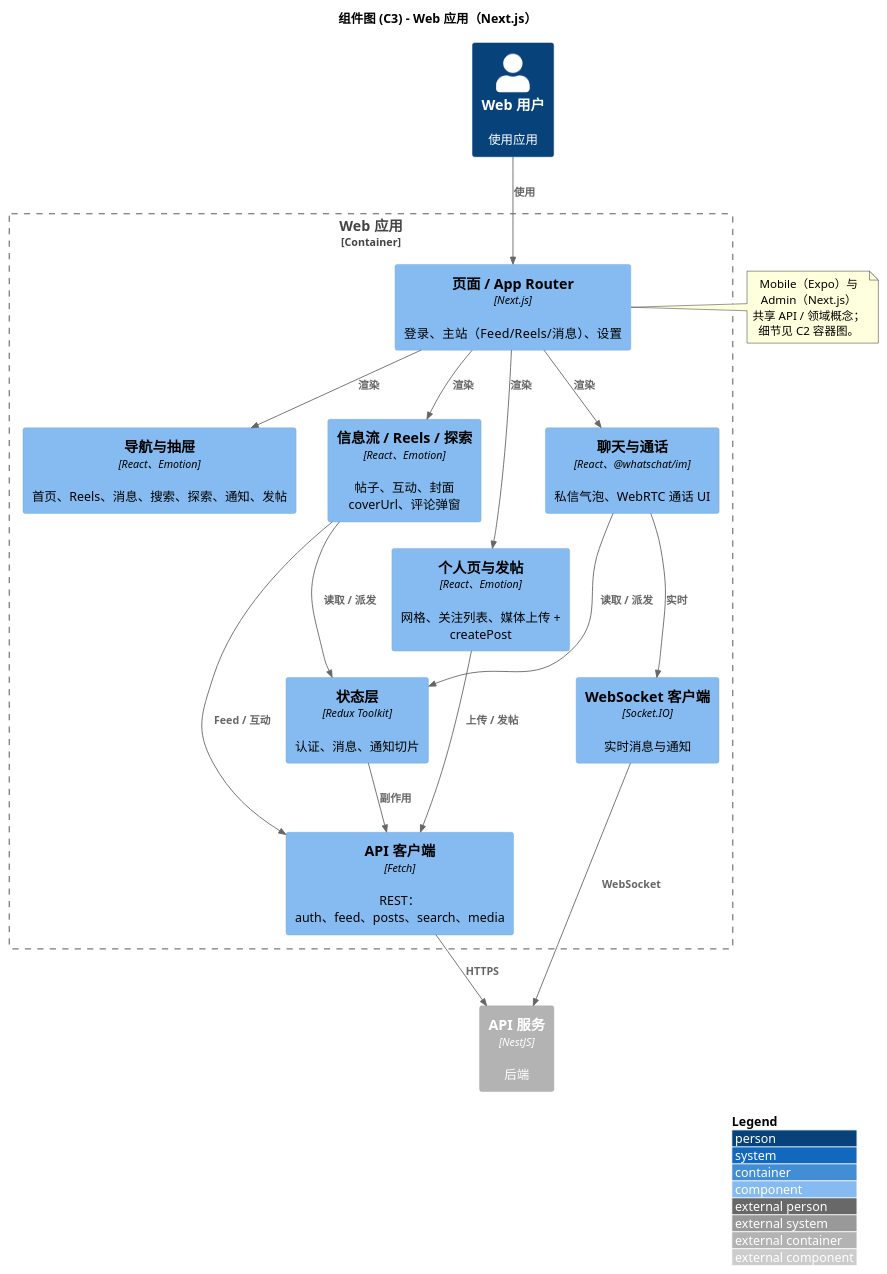
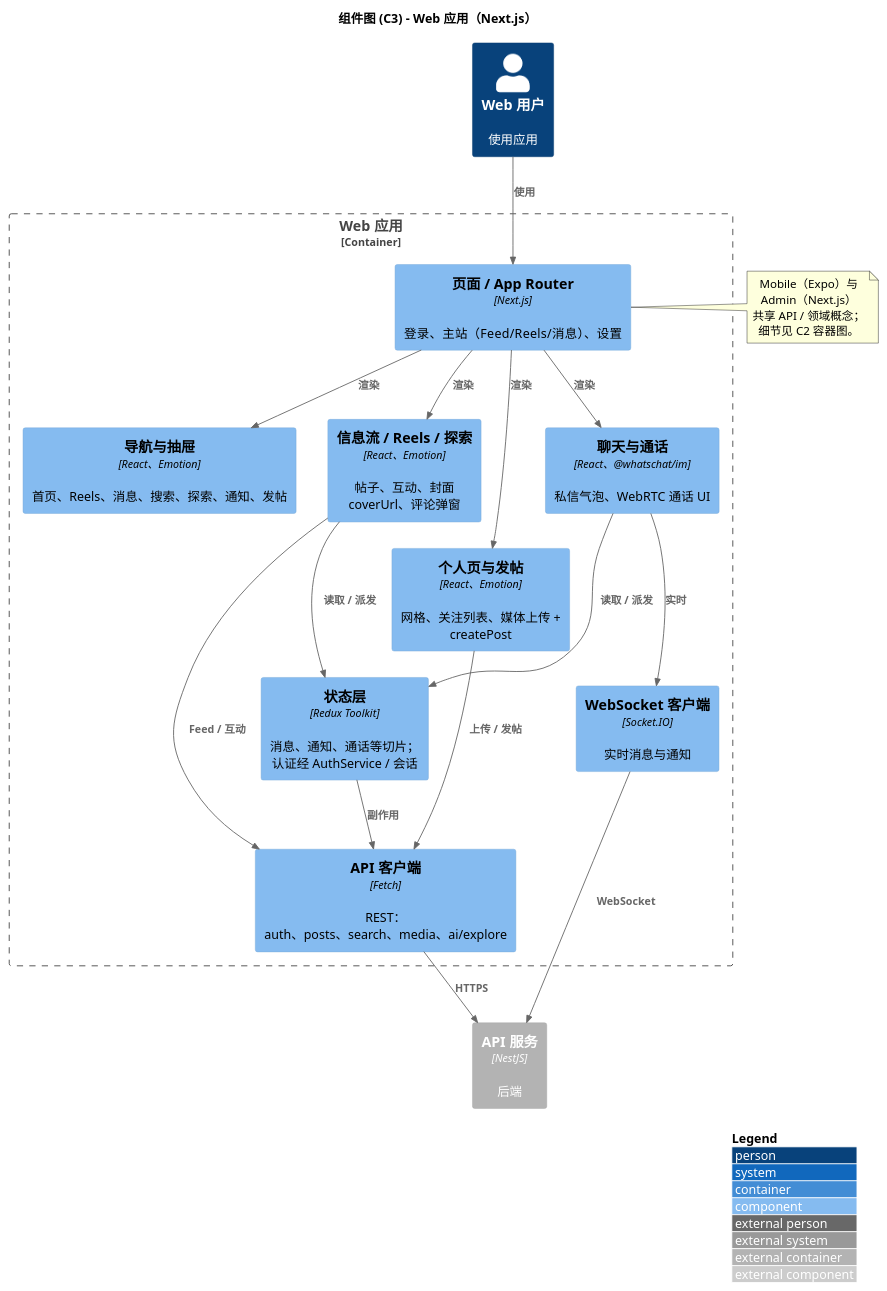
The diagram in docs/developer/c4-model/C3-Component-Frontend.puml (felixzhu97/explore-chat), drawn with PlantUML before and after one commit. The commit also changed 9 other files, not shown here.

```diff
--- a/docs/developer/c4-model/C3-Component-Frontend.puml
+++ b/docs/developer/c4-model/C3-Component-Frontend.puml
@@ -1,42 +1,42 @@
 @startuml C3-Component-Frontend
 !include https://raw.githubusercontent.com/plantuml-stdlib/C4-PlantUML/master/C4_Component.puml
 
 LAYOUT_WITH_LEGEND()
 
 title 组件图 (C3) - Web 应用（Next.js）
 
 Container_Boundary(web_app, "Web 应用") {
   Component(pages, "页面 / App Router", "Next.js", "登录、主站（Feed/Reels/消息）、设置")
   Component(nav_ui, "导航与抽屉", "React、Emotion", "首页、Reels、消息、搜索、探索、通知、发帖")
   Component(feed_ui, "信息流 / Reels / 探索", "React、Emotion", "帖子、互动、封面 coverUrl、评论弹窗")
   Component(chat_ui, "聊天与通话", "React、@whatschat/im", "私信气泡、WebRTC 通话 UI")
   Component(profile_ui, "个人页与发帖", "React、Emotion", "网格、关注列表、媒体上传 + createPost")
-  Component(state, "状态层", "Redux Toolkit", "认证、消息、通知切片")
-  Component(api_client, "API 客户端", "Fetch", "REST：auth、feed、posts、search、media")
+  Component(state, "状态层", "Redux Toolkit", "消息、通知、通话等切片；认证经 AuthService / 会话")
+  Component(api_client, "API 客户端", "Fetch", "REST：auth、posts、search、media、ai/explore")
   Component(ws_client, "WebSocket 客户端", "Socket.IO", "实时消息与通知")
 }
 
 Container_Ext(api_server, "API 服务", "NestJS", "后端")
 Person(user, "Web 用户", "使用应用")
 
 Rel(user, pages, "使用")
 Rel(pages, nav_ui, "渲染")
 Rel(pages, feed_ui, "渲染")
 Rel(pages, chat_ui, "渲染")
 Rel(pages, profile_ui, "渲染")
 Rel(feed_ui, state, "读取 / 派发")
 Rel(chat_ui, state, "读取 / 派发")
 Rel(profile_ui, api_client, "上传 / 发帖")
 Rel(feed_ui, api_client, "Feed / 互动")
 Rel(chat_ui, ws_client, "实时")
 Rel(state, api_client, "副作用")
 Rel(api_client, api_server, "HTTPS")
 Rel(ws_client, api_server, "WebSocket")
 
 note right of pages
   Mobile（Expo）与 Admin（Next.js）
   共享 API / 领域概念；
   细节见 C2 容器图。
 end note
 
 @enduml
```
